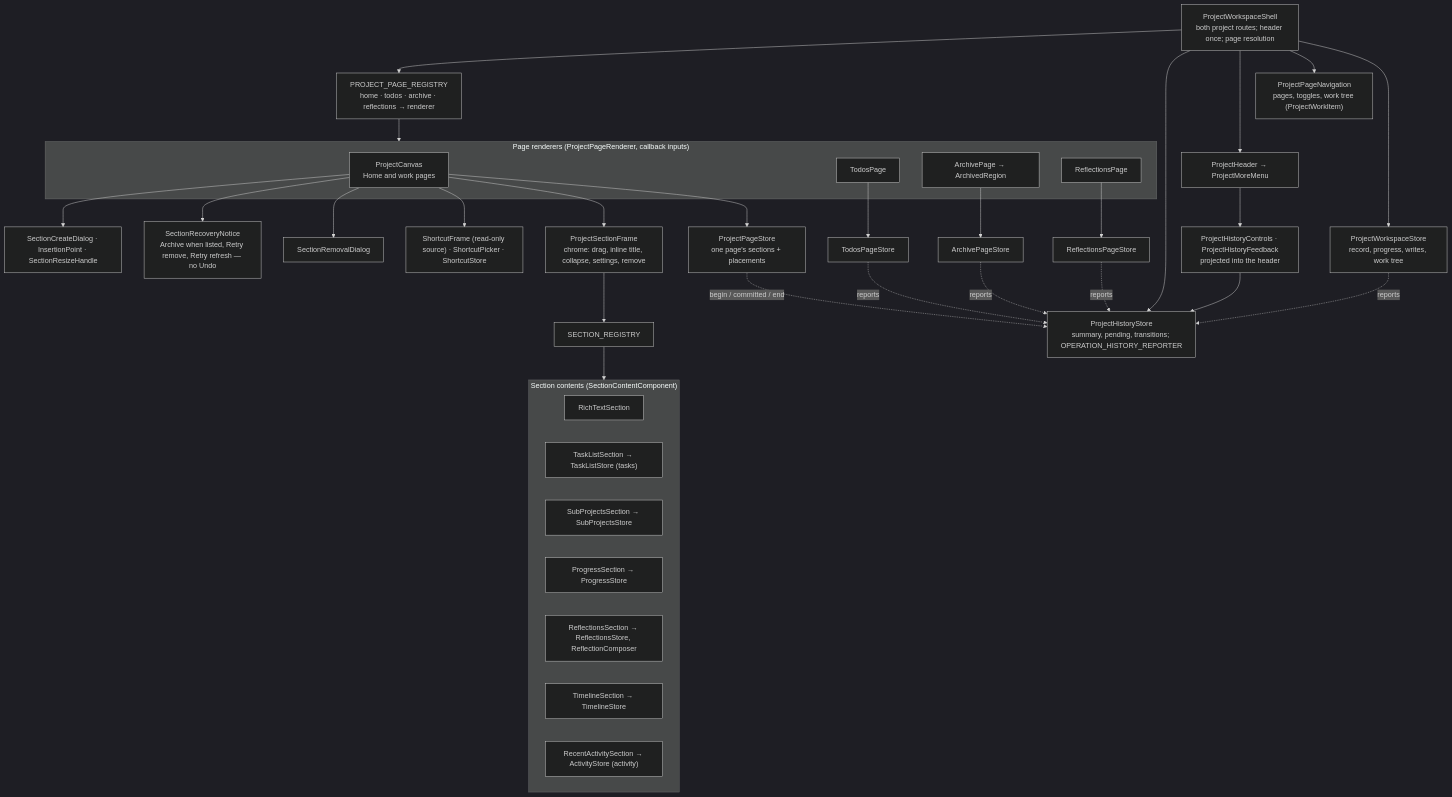
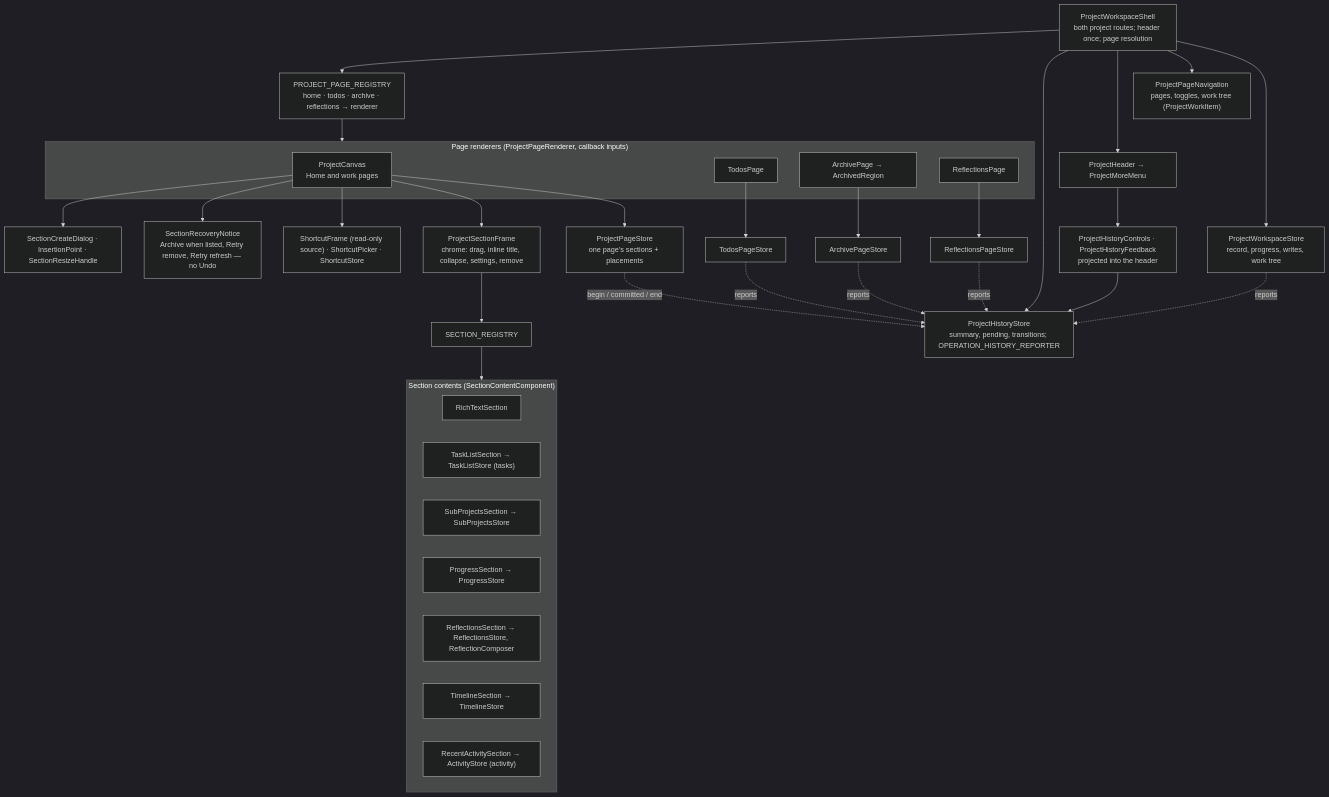
One commit to CalciteDragon/Canvas-work-manager-prototype changed the first of 2 diagrams in docs/architecture/web/projects/what.md. Above: the diagram before and after it, drawn with Mermaid (dark theme). The commit also changed other lines of this file and 113 other files, not shown here.

````diff
--- a/docs/architecture/web/projects/what.md
+++ b/docs/architecture/web/projects/what.md
@@ -5,55 +5,53 @@
 ```mermaid
 flowchart TB
   shell["ProjectWorkspaceShell<br/>both project routes; header once; page resolution"]
   wstore["ProjectWorkspaceStore<br/>record, progress, writes, work tree"]
   nav["ProjectPageNavigation<br/>pages, toggles, work tree (ProjectWorkItem)"]
   header["ProjectHeader → ProjectMoreMenu"]
   hist["ProjectHistoryStore<br/>summary, pending, transitions; OPERATION_HISTORY_REPORTER"]
   controls["ProjectHistoryControls · ProjectHistoryFeedback<br/>projected into the header"]
   reg["PROJECT_PAGE_REGISTRY<br/>home · todos · archive · reflections → renderer"]
   subgraph renderers["Page renderers (ProjectPageRenderer, callback inputs)"]
     canvas["ProjectCanvas<br/>Home and work pages"]
     todos["TodosPage"]
     archive["ArchivePage → ArchivedRegion"]
     refl["ReflectionsPage"]
   end
   pstore["ProjectPageStore<br/>one page's sections + placements"]
   tstore["TodosPageStore"]
   astore["ArchivePageStore"]
   rstore["ReflectionsPageStore"]
   frame["ProjectSectionFrame<br/>chrome: drag, inline title, collapse, settings, remove"]
   sreg["SECTION_REGISTRY"]
   subgraph sections["Section contents (SectionContentComponent)"]
     rt["RichTextSection"]
     tl["TaskListSection → TaskListStore (tasks)"]
     sp["SubProjectsSection → SubProjectsStore"]
     pg["ProgressSection → ProgressStore"]
     rf["ReflectionsSection → ReflectionsStore, ReflectionComposer"]
     tm["TimelineSection → TimelineStore"]
     ra["RecentActivitySection → ActivityStore (activity)"]
   end
   sc["ShortcutFrame (read-only source) · ShortcutPicker · ShortcutStore"]
-  dialog["SectionRemovalDialog"]
   notice["SectionRecoveryNotice<br/>Archive when listed, Retry remove, Retry refresh — no Undo"]
   create["SectionCreateDialog · InsertionPoint · SectionResizeHandle"]
   shell --> wstore
   shell --> nav
   shell --> header
   shell --> hist
   header --> controls --> hist
   pstore -. "begin / committed / end" .-> hist
   tstore -. reports .-> hist
   astore -. reports .-> hist
   rstore -. reports .-> hist
   wstore -. reports .-> hist
   shell --> reg --> renderers
   canvas --> pstore
   todos --> tstore
   archive --> astore
   refl --> rstore
   canvas --> frame --> sreg --> sections
   canvas --> sc
-  canvas --> dialog
   canvas --> notice
   canvas --> create
 ```
````
